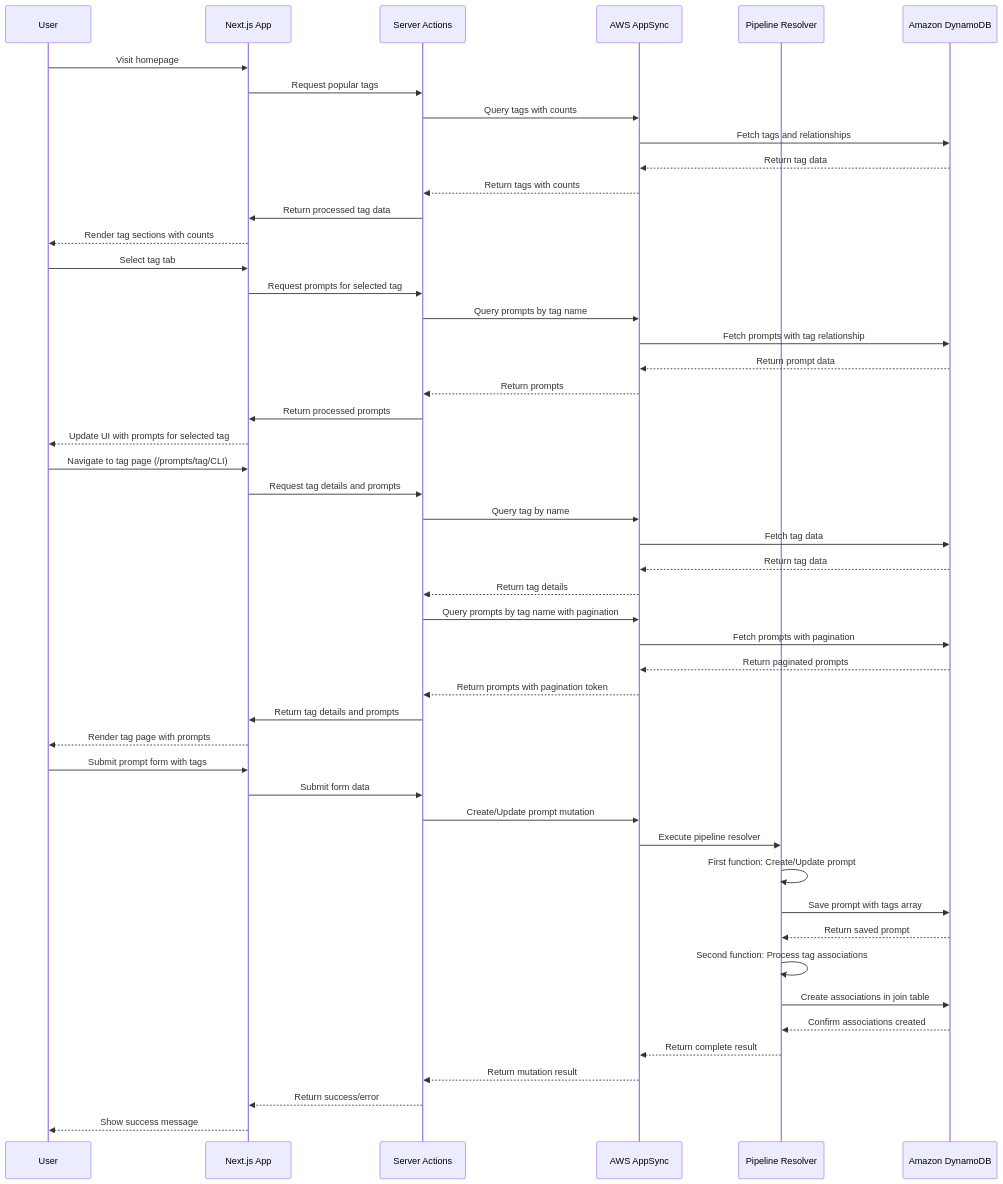
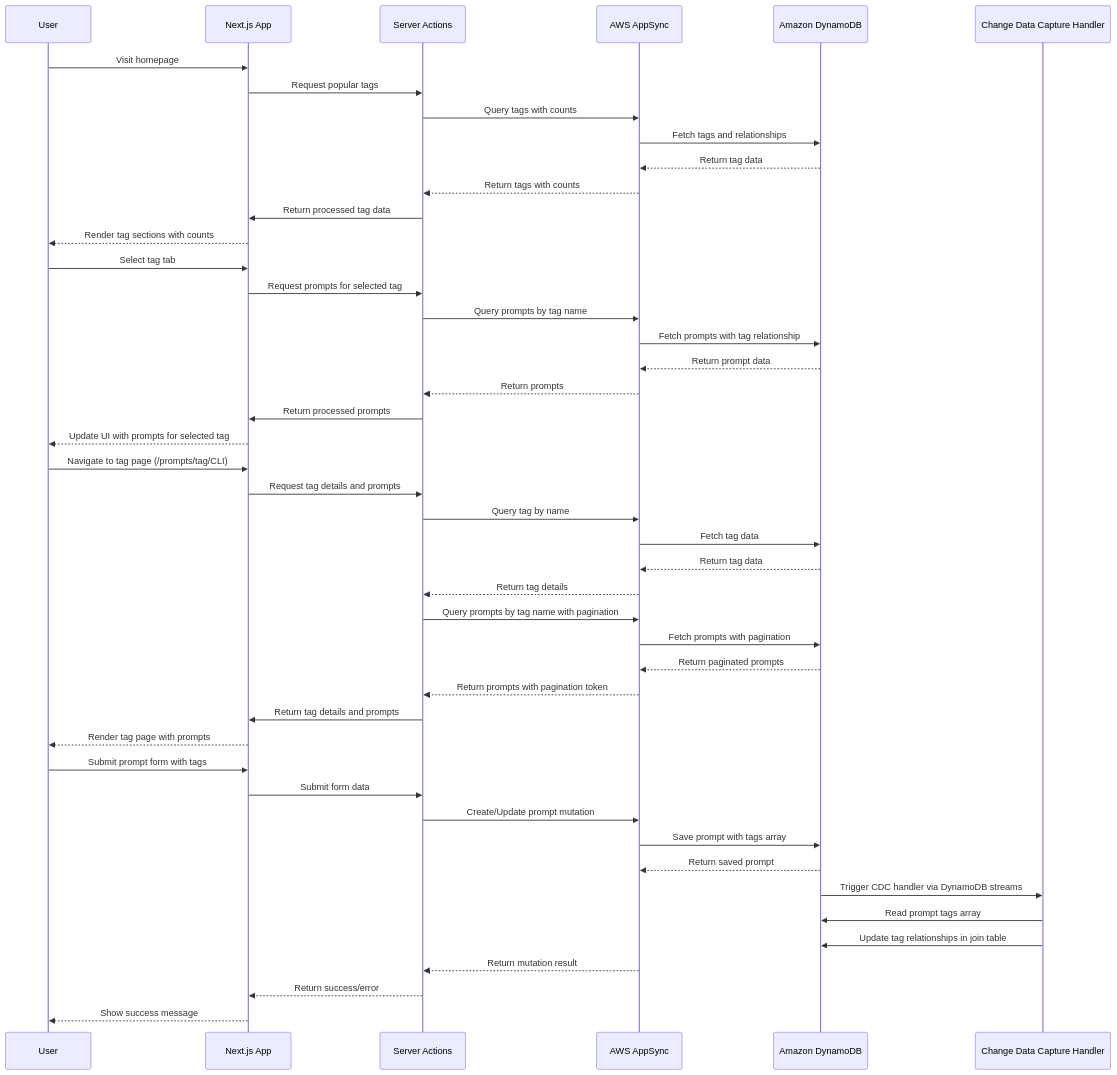
Before and after one commit to cremich/promptz: the second of 2 diagrams in docs/specs/tag-management/spec.md, drawn with Mermaid. The commit also changed other lines of this file and 1 other file, not shown here.

First line of the commit message:
refactor(tags): change implementation from pipeline resolvers to CDC pattern

````diff
--- a/docs/specs/tag-management/spec.md
+++ b/docs/specs/tag-management/spec.md
@@ -208,60 +219,56 @@
 ```mermaid
 sequenceDiagram
     participant User
     participant NextJS as Next.js App
     participant ServerAction as Server Actions
     participant AppSync as AWS AppSync
-    participant PipelineResolver as Pipeline Resolver
     participant DynamoDB as Amazon DynamoDB
+    participant CDCHandler as Change Data Capture Handler
 
     %% Homepage Tag Section Flow
     User->>NextJS: Visit homepage
     NextJS->>ServerAction: Request popular tags
     ServerAction->>AppSync: Query tags with counts
     AppSync->>DynamoDB: Fetch tags and relationships
     DynamoDB-->>AppSync: Return tag data
     AppSync-->>ServerAction: Return tags with counts
     ServerAction->>NextJS: Return processed tag data
     NextJS-->>User: Render tag sections with counts
 
     %% Tag Tab Selection Flow
     User->>NextJS: Select tag tab
     NextJS->>ServerAction: Request prompts for selected tag
     ServerAction->>AppSync: Query prompts by tag name
     AppSync->>DynamoDB: Fetch prompts with tag relationship
     DynamoDB-->>AppSync: Return prompt data
     AppSync-->>ServerAction: Return prompts
     ServerAction->>NextJS: Return processed prompts
     NextJS-->>User: Update UI with prompts for selected tag
 
     %% Tag Page Navigation Flow
     User->>NextJS: Navigate to tag page (/prompts/tag/CLI)
     NextJS->>ServerAction: Request tag details and prompts
     ServerAction->>AppSync: Query tag by name
     AppSync->>DynamoDB: Fetch tag data
     DynamoDB-->>AppSync: Return tag data
     AppSync-->>ServerAction: Return tag details
     ServerAction->>AppSync: Query prompts by tag name with pagination
     AppSync->>DynamoDB: Fetch prompts with pagination
     DynamoDB-->>AppSync: Return paginated prompts
     AppSync-->>ServerAction: Return prompts with pagination token
     ServerAction->>NextJS: Return tag details and prompts
     NextJS-->>User: Render tag page with prompts
 
-    %% Prompt Creation Flow with Tag Associations
+    %% Prompt Creation Flow with Tag Associations using CDC
     User->>NextJS: Submit prompt form with tags
     NextJS->>ServerAction: Submit form data
     ServerAction->>AppSync: Create/Update prompt mutation
-    AppSync->>PipelineResolver: Execute pipeline resolver
-    PipelineResolver->>PipelineResolver: First function: Create/Update prompt
-    PipelineResolver->>DynamoDB: Save prompt with tags array
-    DynamoDB-->>PipelineResolver: Return saved prompt
-    PipelineResolver->>PipelineResolver: Second function: Process tag associations
-
-    PipelineResolver->>DynamoDB: Create associations in join table
-    DynamoDB-->>PipelineResolver: Confirm associations created
-    PipelineResolver-->>AppSync: Return complete result
+    AppSync->>DynamoDB: Save prompt with tags array
+    DynamoDB-->>AppSync: Return saved prompt
+    DynamoDB->>CDCHandler: Trigger CDC handler via DynamoDB streams
+    CDCHandler->>DynamoDB: Read prompt tags array
+    CDCHandler->>DynamoDB: Update tag relationships in join table
     AppSync-->>ServerAction: Return mutation result
     ServerAction-->>NextJS: Return success/error
     NextJS-->>User: Show success message
 ```
````
